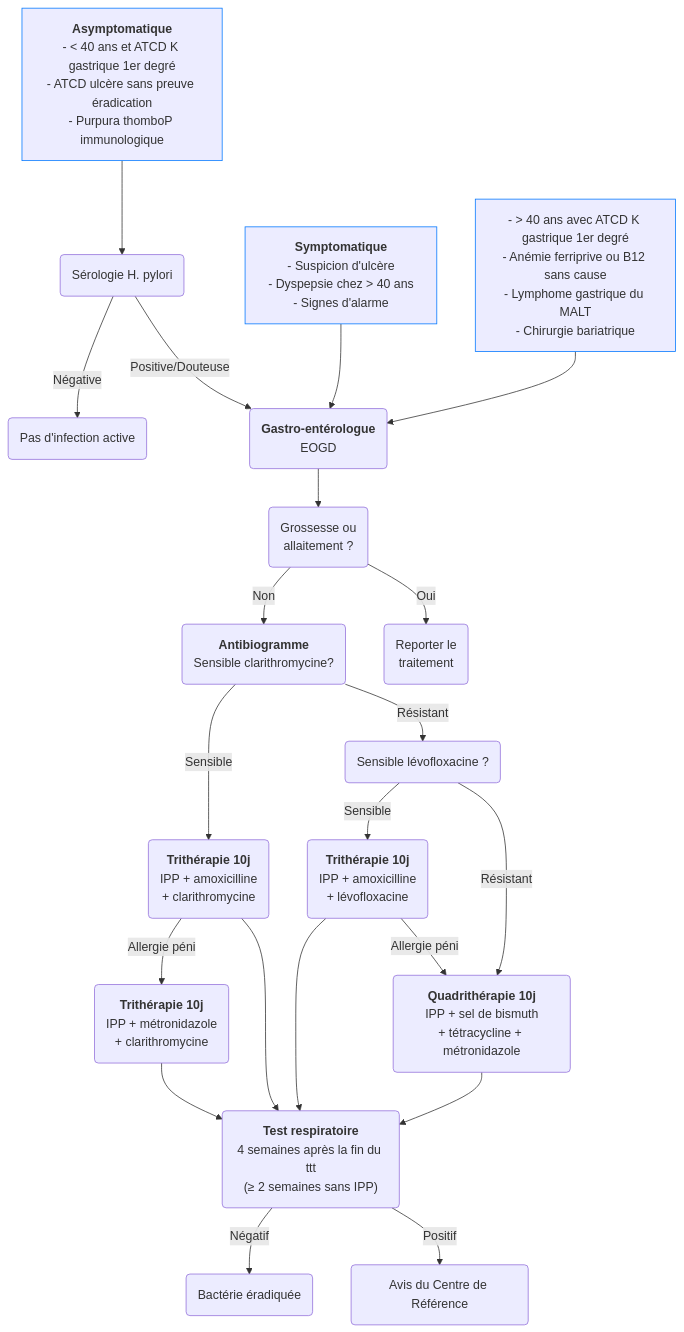
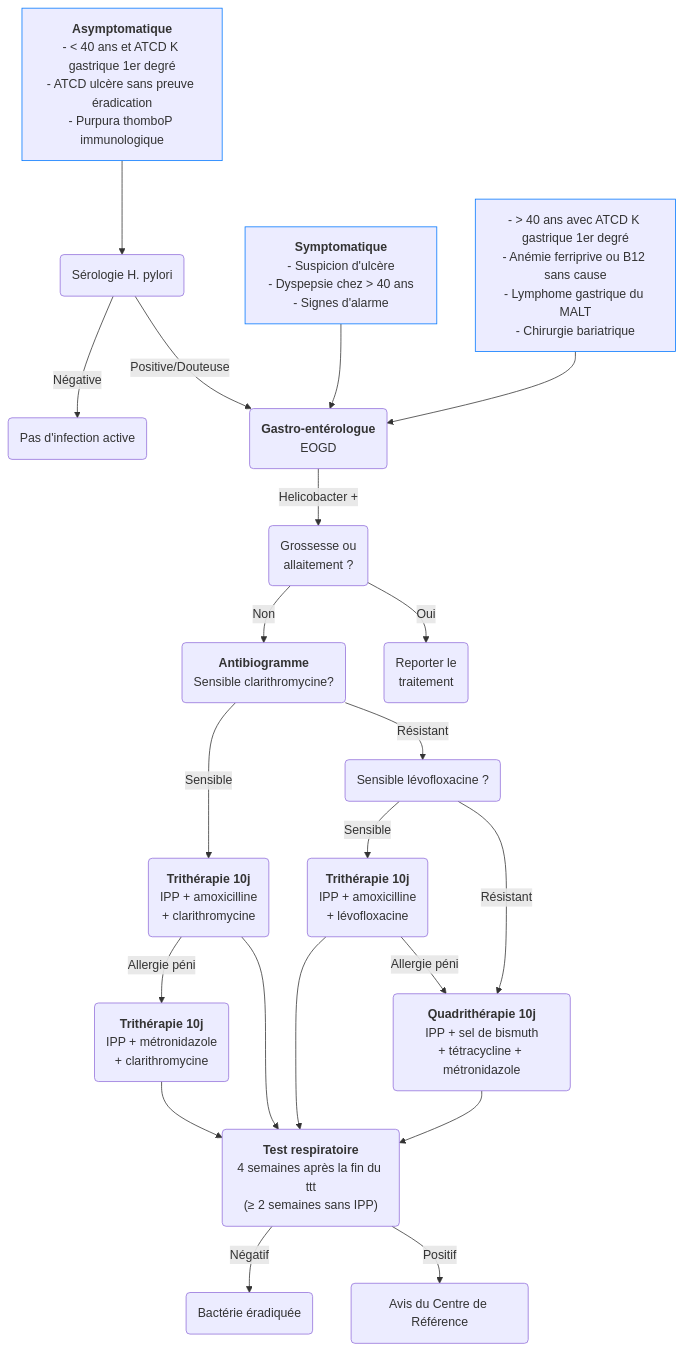
Before and after one commit to djibe/recommandations-medicales: the first of 2 diagrams in content/recommandations/helicobacter-pylori.md, drawn with Mermaid. The commit also changed other lines of this file and 3 other files, not shown here.

```diff
--- a/content/recommandations/helicobacter-pylori.md
+++ b/content/recommandations/helicobacter-pylori.md
@@ -214,23 +214,23 @@
 {{< mermaid >}}
 graph TB
   asymptomatique["<b>Asymptomatique</b><br>- &lt; 40 ans et ATCD K gastrique 1er degré<br>- ATCD ulcère sans preuve éradication<br>- Purpura thomboP immunologique"] --> serologie(Sérologie H. pylori)
   style asymptomatique stroke:#0077ff, stroke-width:1px
     serologie -- Négative --> indemne(Pas d'infection active)
     serologie -- Positive/Douteuse --> gastro
   suspicion["<b>Symptomatique</b><br>- Suspicion d'ulcère<br>- Dyspepsie chez &gt; 40 ans<br>- Signes d'alarme"] --> gastro("<b>Gastro-entérologue</b><br>EOGD")
   style suspicion stroke:#0077ff, stroke-width:1px
   suspect["- &gt; 40 ans avec ATCD K gastrique 1er degré<br>- Anémie ferriprive ou B12 sans cause<br>- Lymphome gastrique du MALT<br>- Chirurgie bariatrique"] --> gastro
   style suspect stroke:#0077ff, stroke-width:1px
-    gastro --> grossesse("Grossesse ou<br>allaitement ?")
+    gastro -- Helicobacter + --> grossesse("Grossesse ou<br>allaitement ?")
       grossesse -- Non --> antibiogramme("<b>Antibiogramme</b><br>Sensible clarithromycine?")
         antibiogramme -- Sensible --> triAmox("<b>Trithérapie 10j</b><br>IPP + amoxicilline<br>+ clarithromycine")
           triAmox -- "Allergie péni" --> triAmoxAllergie("<b>Trithérapie 10j</b><br>IPP + métronidazole<br>+ clarithromycine") --> controle
           triAmox --> controle("<b>Test respiratoire</b><br>4 semaines après la fin du ttt<br>(≥ 2 semaines sans IPP)")
         antibiogramme -- "Résistant" --> levofloS("Sensible lévofloxacine ?")
           levofloS -- Sensible --> levoflo("<b>Trithérapie 10j</b><br>IPP + amoxicilline<br>+ lévofloxacine") --> controle
             levoflo -- "Allergie péni" --> quadrit
           levofloS -- "Résistant" --> quadrit("<b>Quadrithérapie 10j</b><br>IPP + sel de bismuth<br>+ tétracycline + métronidazole") --> controle
           controle -- Négatif --> ok(Bactérie éradiquée)
           controle -- Positif --> avis(Avis du Centre de Référence)
       grossesse -- Oui --> reporter("Reporter le<br>traitement")
 {{< /mermaid >}}
```
